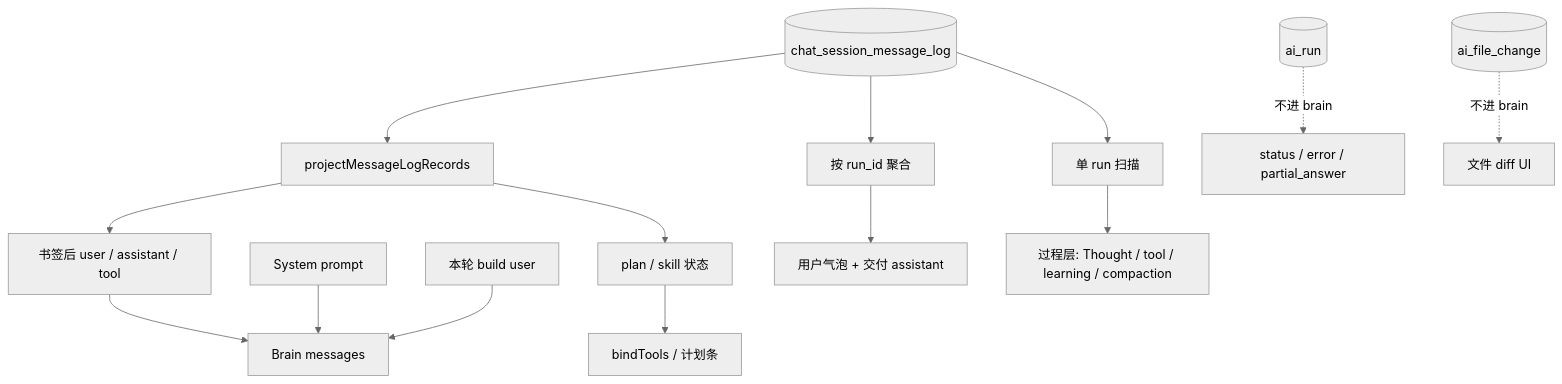
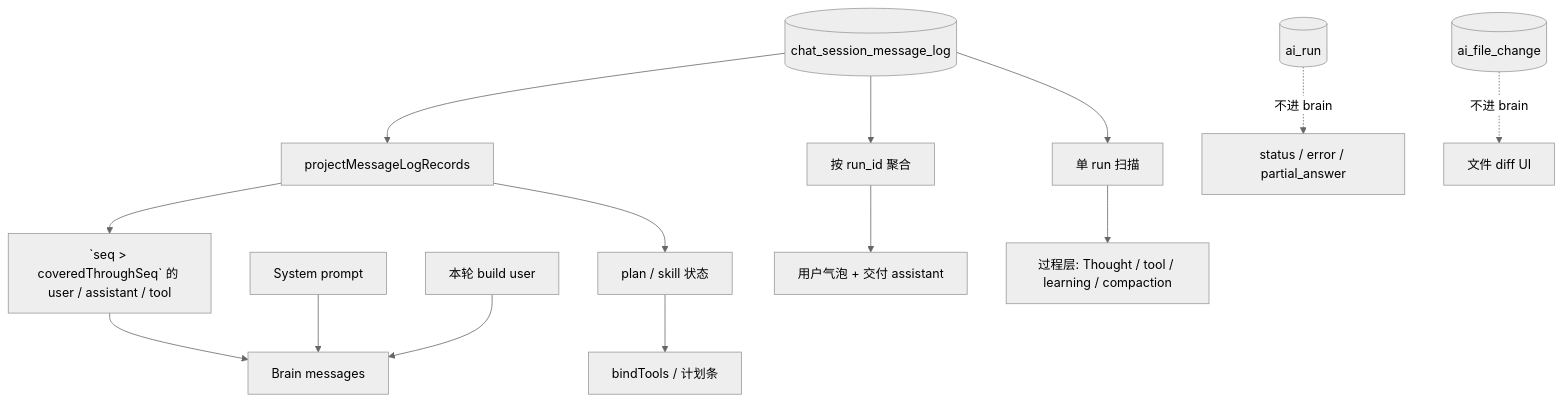
Before and after one commit to Yoan98/Ncurator: the second of 2 diagrams in doc/ai-harness/human-harness.md, drawn with Mermaid (neutral theme). The commit also changed other lines of this file and 15 other files, not shown here.

````diff
--- a/doc/ai-harness/human-harness.md
+++ b/doc/ai-harness/human-harness.md
@@ -322,23 +321,23 @@
 ```mermaid
 flowchart TD
   Log[(chat_session_message_log)]
 
   Log --> PM[projectMessageLogRecords]
 
-  PM --> Visible[书签后 user / assistant / tool]
+  PM --> Visible[`seq > coveredThroughSeq` 的 user / assistant / tool]
   PM --> Meta[plan / skill 状态]
 
   Visible --> BrainMsg[Brain messages]
   Sys[System prompt] --> BrainMsg
   BuildUser[本轮 build user] --> BrainMsg
   Meta --> Bind[bindTools / 计划条]
 
   Log --> ByRun[按 run_id 聚合]
   ByRun --> Bubbles[用户气泡 + 交付 assistant]
 
   Log --> ProcessScan[单 run 扫描]
   ProcessScan --> Process[过程层: Thought / tool / learning / compaction]
 
   Run[(ai_run)] -.不进 brain.-> Status[status / error / partial_answer]
   FC[(ai_file_change)] -.不进 brain.-> Diff[文件 diff UI]
 ```
````
